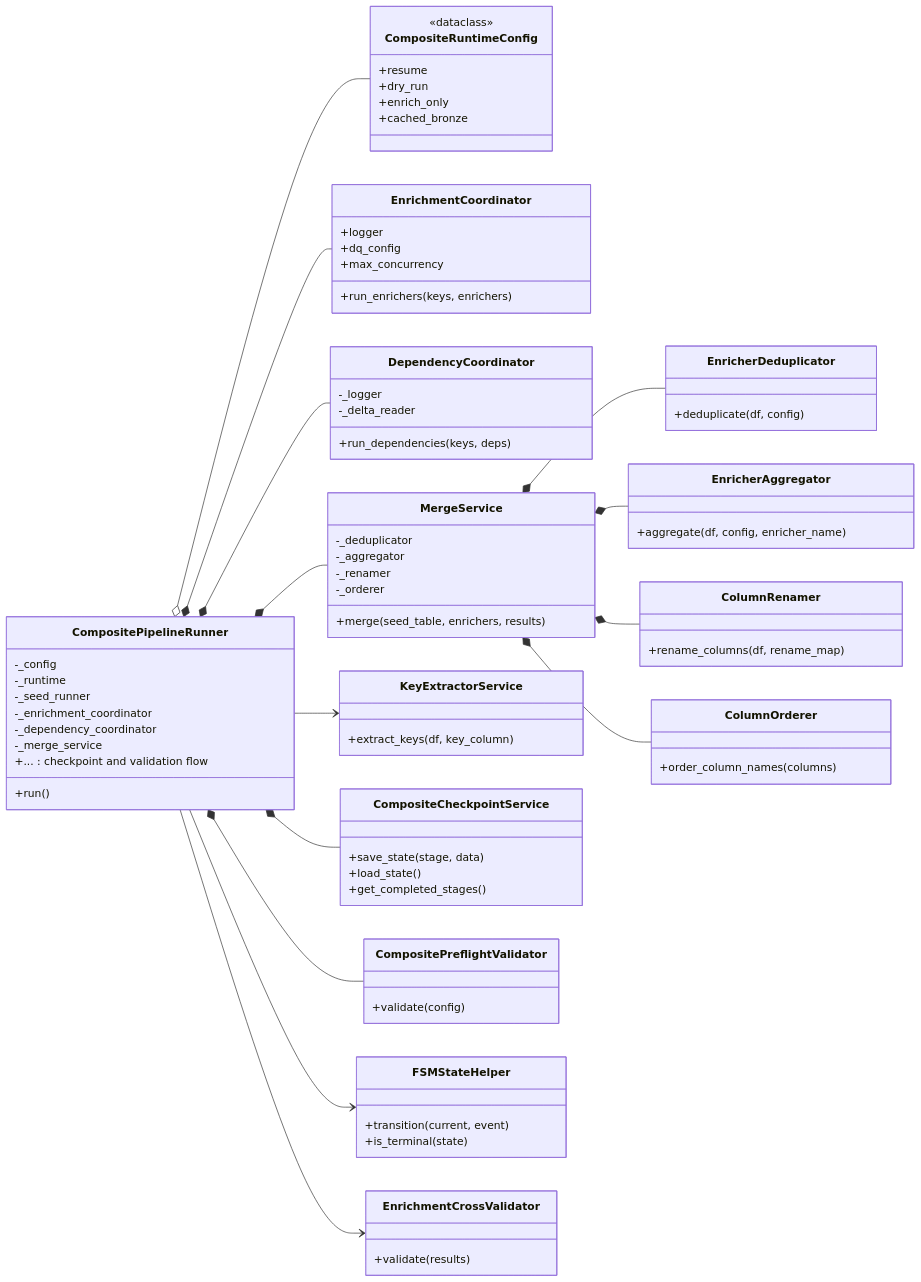
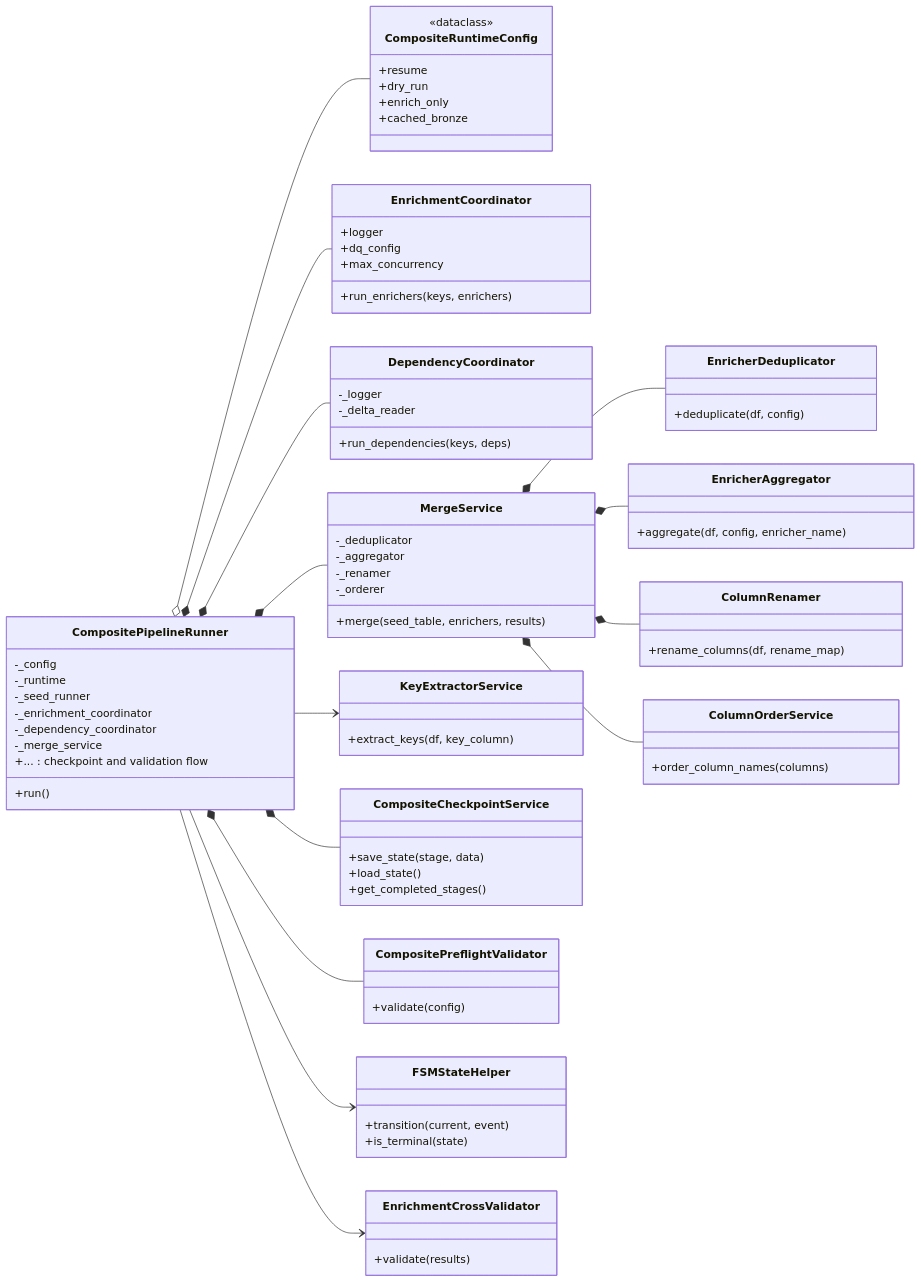
One commit to SatoryKono/BioactivityDataAcquisition changed the diagram in docs/02-architecture/diagrams/class-diagrams/12-composite-pipeline.mmd. Above: the diagram before and after it, drawn with Mermaid. The commit also changed 12 other files, not shown here.

```diff
--- a/docs/02-architecture/diagrams/class-diagrams/12-composite-pipeline.mmd
+++ b/docs/02-architecture/diagrams/class-diagrams/12-composite-pipeline.mmd
@@ -1,106 +1,106 @@
 %% BioETL — Class Diagram: Composite Pipeline Components
 %% Runner, coordinators, merge service, and FSM.
 
 %% @version 1.1.0
 %% @date    2026-03-01
 %% @type    classDiagram
 %% @level   Class / Interface
 %% @nodes   14
 
 %% @uniform class width=264 height=156 max_title_len=27 max_desc_lines=6
 classDiagram
     direction LR
     class CompositePipelineRunner {
         -_config
         -_runtime
         -_seed_runner
         -_enrichment_coordinator
         -_dependency_coordinator
         -_merge_service
         +run()
         +... : checkpoint and validation flow
     }
 
     class CompositeRuntimeConfig {
         <<dataclass>>
         +resume
         +dry_run
         +enrich_only
         +cached_bronze
     }
 
     class EnrichmentCoordinator {
         +logger
         +dq_config
         +max_concurrency
         +run_enrichers(keys, enrichers)
     }
 
     class DependencyCoordinator {
         -_logger
         -_delta_reader
         +run_dependencies(keys, deps)
     }
 
     class MergeService {
         -_deduplicator
         -_aggregator
         -_renamer
         -_orderer
         +merge(seed_table, enrichers, results)
     }
 
     class EnricherAggregator {
         +aggregate(df, config, enricher_name)
     }
 
     class EnricherDeduplicator {
         +deduplicate(df, config)
     }
 
     class ColumnRenamer {
         +rename_columns(df, rename_map)
     }
 
-    class ColumnOrderer {
+    class ColumnOrderService {
         +order_column_names(columns)
     }
 
     class KeyExtractorService {
         +extract_keys(df, key_column)
     }
 
     class CompositeCheckpointService {
         +save_state(stage, data)
         +load_state()
         +get_completed_stages()
     }
 
     class CompositePreflightValidator {
         +validate(config)
     }
 
     class FSMStateHelper {
         +transition(current, event)
         +is_terminal(state)
     }
 
     class EnrichmentCrossValidator {
         +validate(results)
     }
 
     CompositePipelineRunner *-- EnrichmentCoordinator
     CompositePipelineRunner *-- DependencyCoordinator
     CompositePipelineRunner *-- MergeService
     CompositePipelineRunner *-- CompositeCheckpointService
     CompositePipelineRunner *-- CompositePreflightValidator
     CompositePipelineRunner o-- CompositeRuntimeConfig
 
     MergeService *-- EnricherDeduplicator
     MergeService *-- EnricherAggregator
     MergeService *-- ColumnRenamer
-    MergeService *-- ColumnOrderer
+    MergeService *-- ColumnOrderService
 
     CompositePipelineRunner --> FSMStateHelper
     CompositePipelineRunner --> EnrichmentCrossValidator
     CompositePipelineRunner --> KeyExtractorService
```
